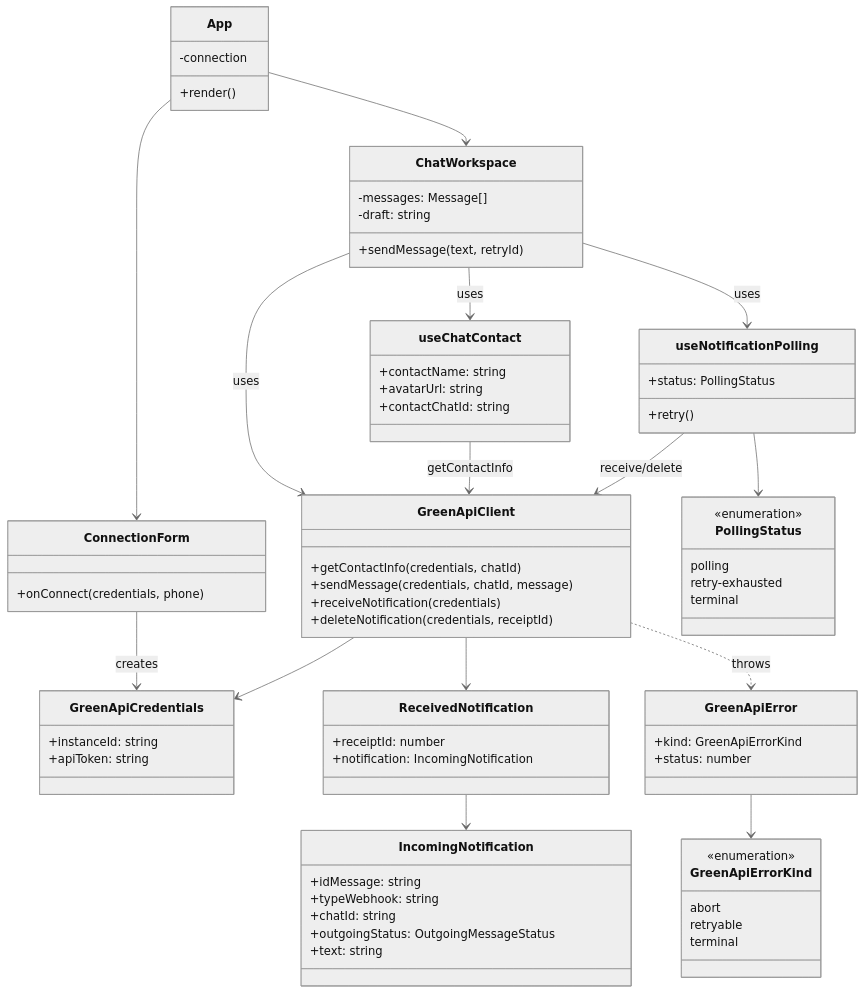
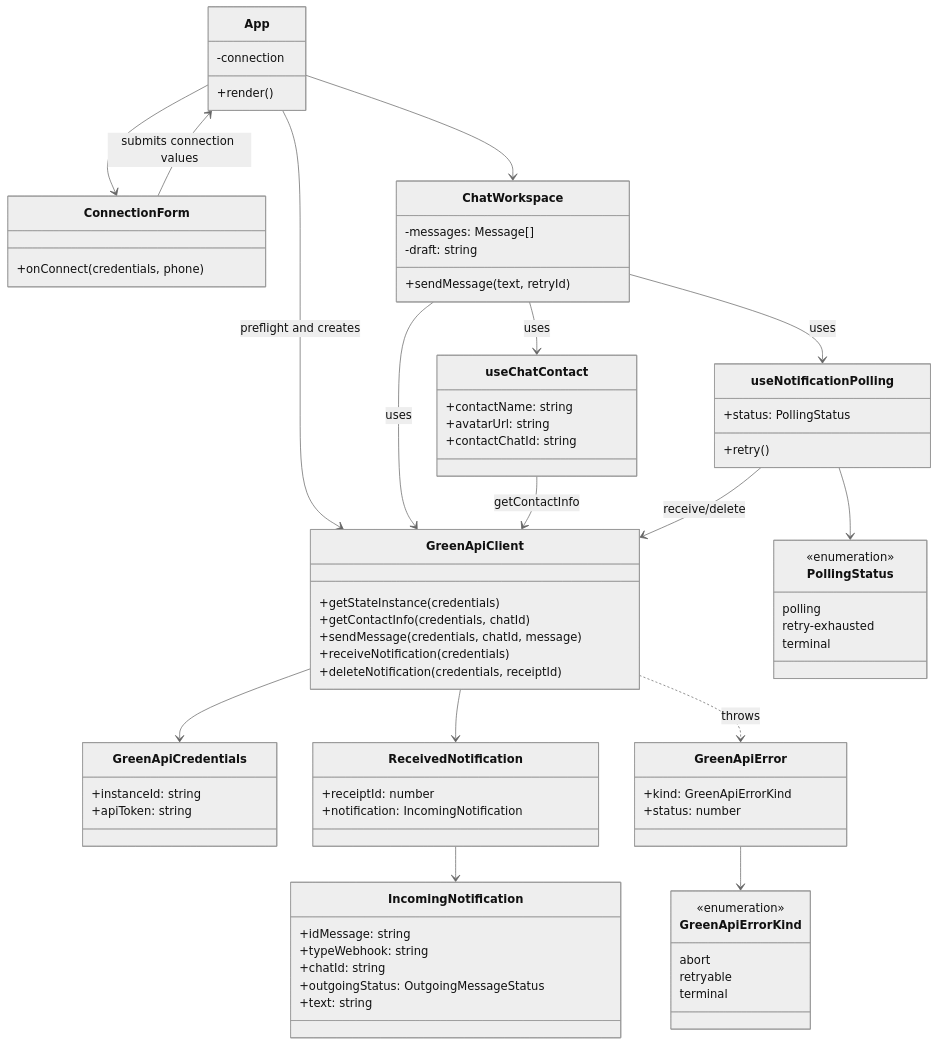
Before and after one commit to vgratsilev/green-api-test: the second of 6 diagrams in docs/diagrams/README.md, drawn with Mermaid (neutral theme). The commit also changed other lines of this file and 10 other files, not shown here.

Commit message:
docs: refresh chat demo and architecture guide

```diff
--- a/docs/diagrams/README.md
+++ b/docs/diagrams/README.md
@@ -64,6 +64,7 @@
   }
 
   class GreenApiClient {
+    +getStateInstance(credentials)
     +getContactInfo(credentials, chatId)
     +sendMessage(credentials, chatId, message)
     +receiveNotification(credentials)
@@ -102,7 +103,8 @@
 
   App --> ConnectionForm
   App --> ChatWorkspace
-  ConnectionForm --> GreenApiCredentials : creates
+  App --> GreenApiClient : preflight and creates
+  ConnectionForm --> App : submits connection values
   ChatWorkspace --> GreenApiClient : uses
   ChatWorkspace --> useChatContact : uses
   ChatWorkspace --> useNotificationPolling : uses
```
